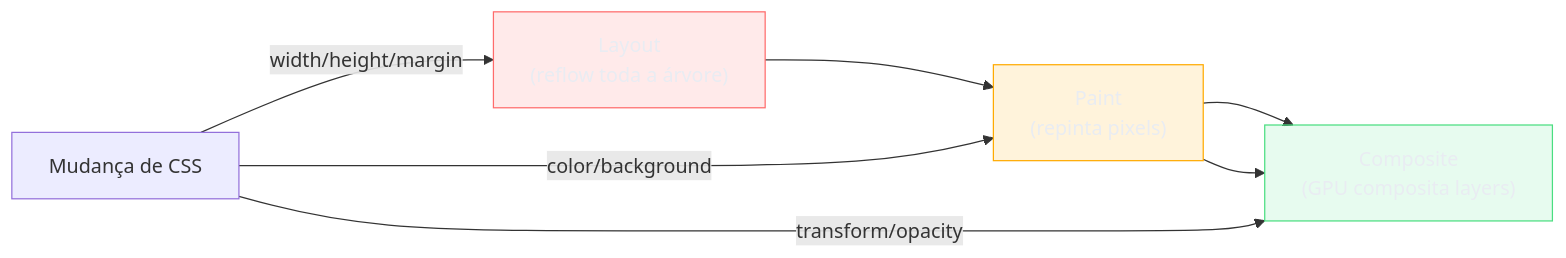
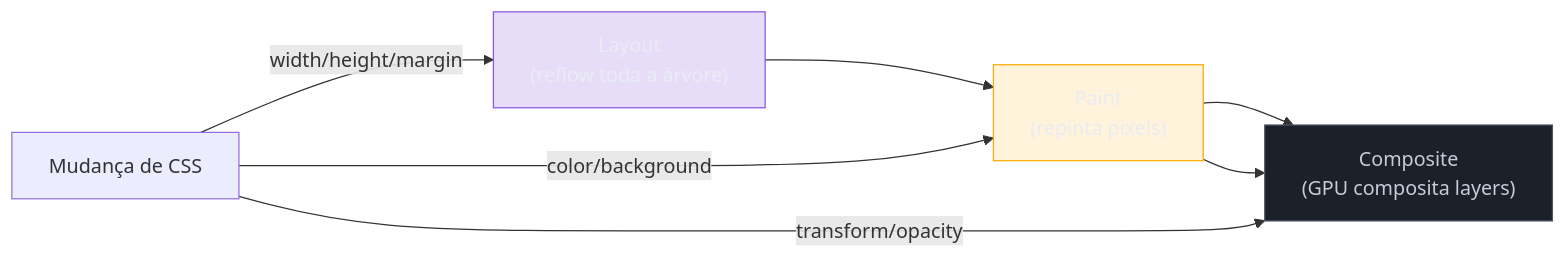
The diagram in 03-Dominios/Tecnologia/CSS/09 - Animações e transitions.md (josenaldo/codex-technomanticus), drawn with Mermaid before and after one commit. The commit also changed 601 other files, not shown here.

````diff
--- a/03-Dominios/Tecnologia/CSS/09 - Animações e transitions.md
+++ b/03-Dominios/Tecnologia/CSS/09 - Animações e transitions.md
@@ -186,22 +186,22 @@
 ```mermaid
 flowchart LR
-    classDef ok fill:#4ADE8021,stroke:#4ADE80,color:#E9ECF2
+    classDef marca fill:#8855DF33,stroke:#8855DF,color:#E9ECF2
+    classDef neutro fill:#1B2029,stroke:#4E5666,color:#C6CCD8
     classDef destaque fill:#FFAA0024,stroke:#FFAA00,color:#E9ECF2
-    classDef falha fill:#FF6B6B24,stroke:#FF6B6B,color:#E9ECF2
     CHANGE["Mudança de CSS"]
     LAYOUT["Layout\n(reflow toda a árvore)"]
     PAINT["Paint\n(repinta pixels)"]
     COMPOSITE["Composite\n(GPU composita layers)"]
 
     CHANGE -->|width/height/margin| LAYOUT
     LAYOUT --> PAINT --> COMPOSITE
 
     CHANGE -->|color/background| PAINT
     PAINT --> COMPOSITE
 
     CHANGE -->|transform/opacity| COMPOSITE
 
-    class COMPOSITE ok
+    class COMPOSITE neutro
     class PAINT destaque
-    class LAYOUT falha
+    class LAYOUT marca
 ```
````
